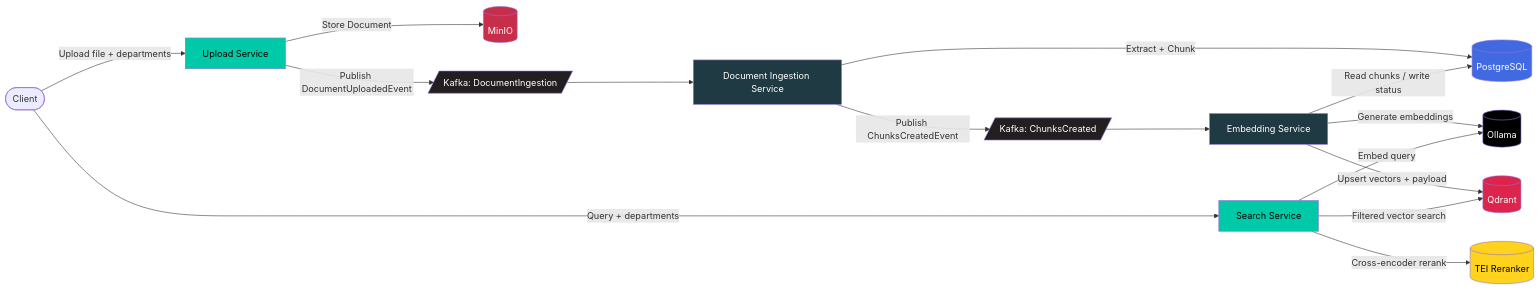
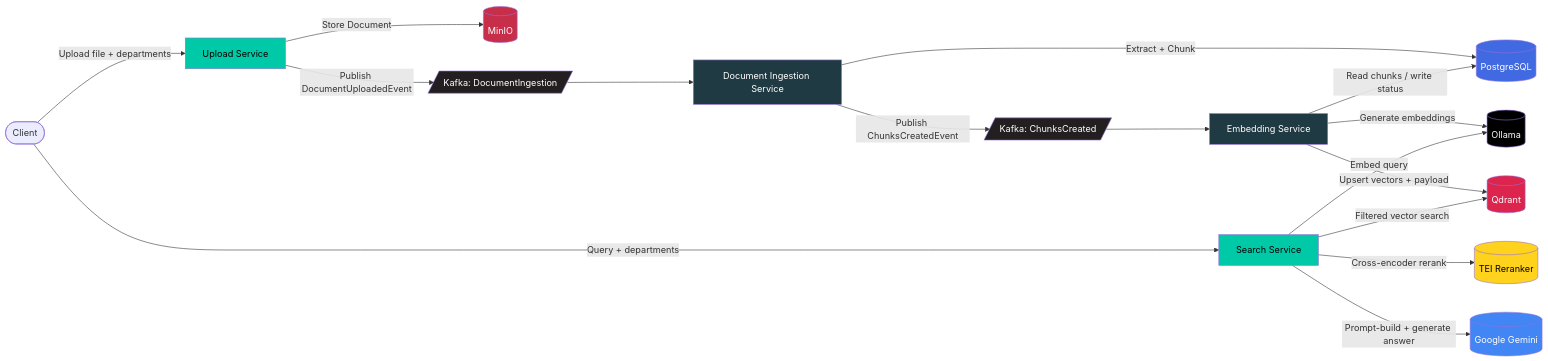
The diagram in README.md (Sanket9326/Distrubuted-Search-Engine), drawn with Mermaid before and after one commit. The commit also changed other lines of this file, not shown here.

Commit message:
feat: Enhance README with RAG answer generation details and Google Gemini integration

````diff
--- a/README.md
+++ b/README.md
@@ -71,67 +73,72 @@
 ```mermaid
 flowchart LR
 
 Client([Client])
 
 API[Upload Service]
 
 MinIO[(MinIO)]
 
 Kafka1[/Kafka: DocumentIngestion/]
 
 Worker[Document Ingestion Service]
 
 Postgres[(PostgreSQL)]
 
 Kafka2[/Kafka: ChunksCreated/]
 
 Embed[Embedding Service]
 
 Ollama[(Ollama)]
 
 Qdrant[(Qdrant)]
 
 Search[Search Service]
 
 Reranker[(TEI Reranker)]
+
+Gemini[(Google Gemini)]
 
 Client -->|Upload file + departments| API
 
 API -->|Store Document| MinIO
 
 API -->|Publish DocumentUploadedEvent| Kafka1
 
 Kafka1 --> Worker
 
 Worker -->|Extract + Chunk| Postgres
 
 Worker -->|Publish ChunksCreatedEvent| Kafka2
 
 Kafka2 --> Embed
 
 Embed -->|Read chunks / write status| Postgres
 
 Embed -->|Generate embeddings| Ollama
 
 Embed -->|Upsert vectors + payload| Qdrant
 
 Client -->|Query + departments| Search
 
 Search -->|Embed query| Ollama
 
 Search -->|Filtered vector search| Qdrant
 
 Search -->|Cross-encoder rerank| Reranker
 
+Search -->|Prompt-build + generate answer| Gemini
+
 style API fill:#00c9a7,color:#000
 style Search fill:#00c9a7,color:#000
 style Worker fill:#203A43,color:#fff
 style Embed fill:#203A43,color:#fff
 style Kafka1 fill:#231F20,color:#fff
 style Kafka2 fill:#231F20,color:#fff
 style MinIO fill:#C72E49,color:#fff
 style Postgres fill:#4169E1,color:#fff
 style Qdrant fill:#DC244C,color:#fff
 style Ollama fill:#000000,color:#fff
 style Reranker fill:#FFD21E,color:#000
+style Gemini fill:#4285F4,color:#fff
 ```
````
